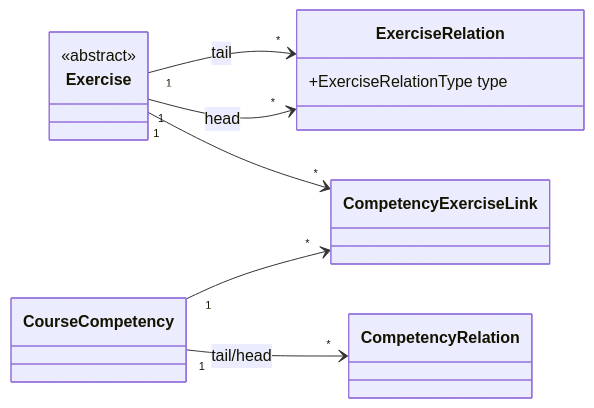
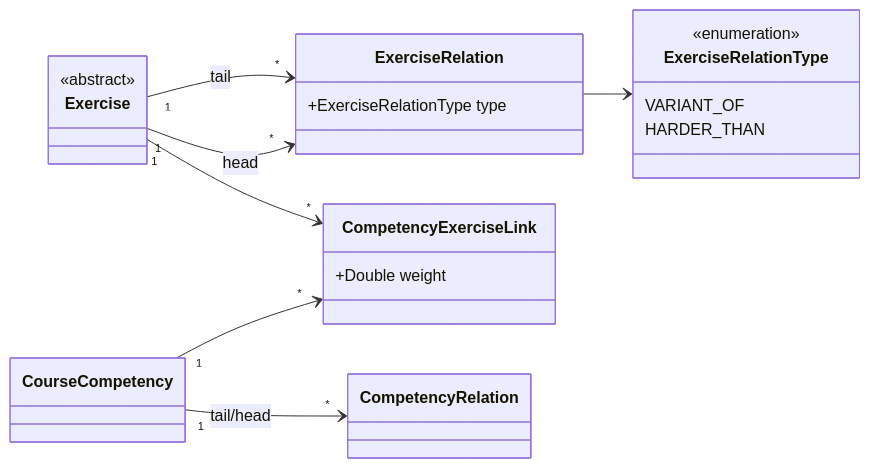
The fifth of 7 diagrams in exercise-variants-plan-short.md (ls1intum/Artemis), drawn with Mermaid before and after one commit. The commit also changed other lines of this file, not shown here.

````diff
--- a/exercise-variants-plan-short.md
+++ b/exercise-variants-plan-short.md
@@ -119,12 +123,19 @@
 ```mermaid
 classDiagram
     direction LR
     class ExerciseRelation { +ExerciseRelationType type }
+    class ExerciseRelationType {
+        <<enumeration>>
+        VARIANT_OF
+        HARDER_THAN
+    }
+    class CompetencyExerciseLink { +Double weight }
     class Exercise { <<abstract>> }
 
+    ExerciseRelation --> ExerciseRelationType
     Exercise "1" --> "*" ExerciseRelation : tail
     Exercise "1" --> "*" ExerciseRelation : head
     Exercise "1" --> "*" CompetencyExerciseLink
     CourseCompetency "1" --> "*" CompetencyExerciseLink
     CourseCompetency "1" --> "*" CompetencyRelation : tail/head
 ```
````
